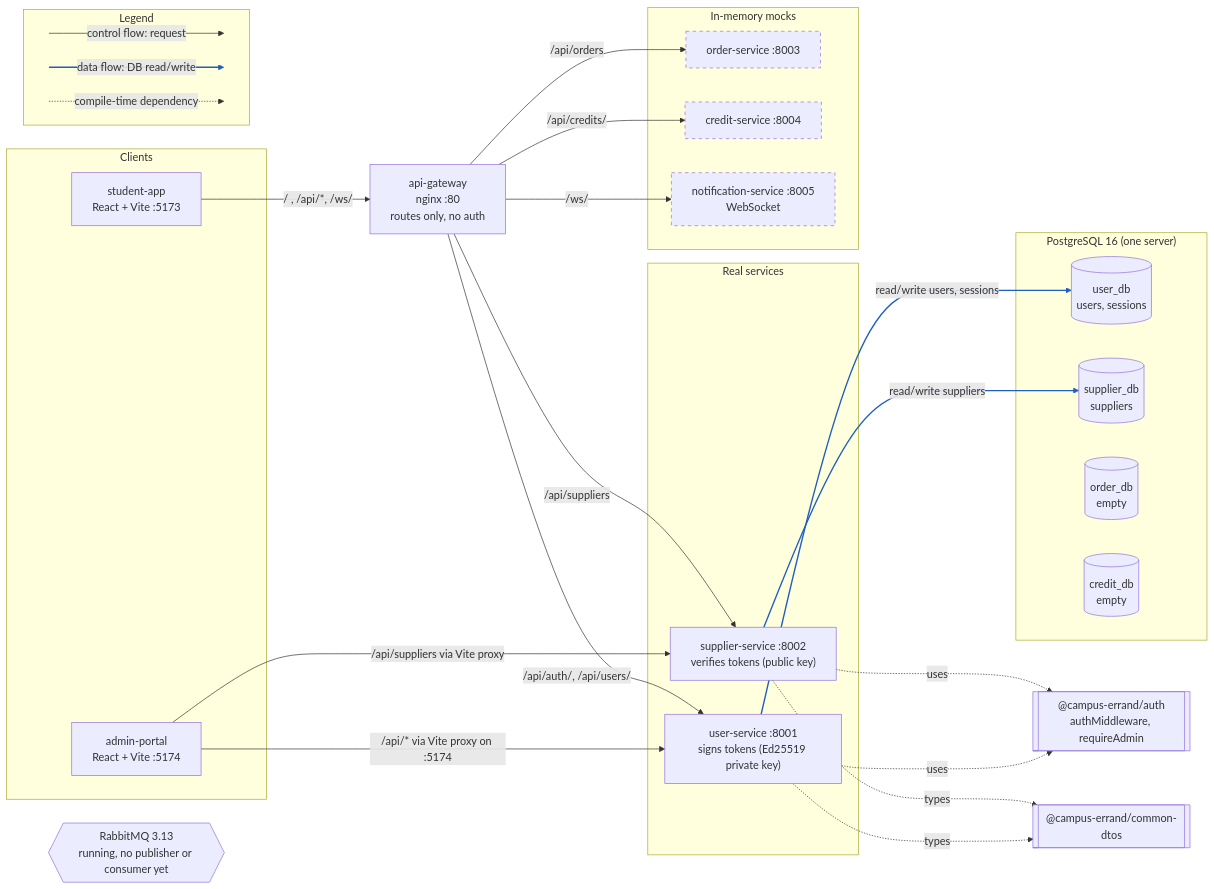
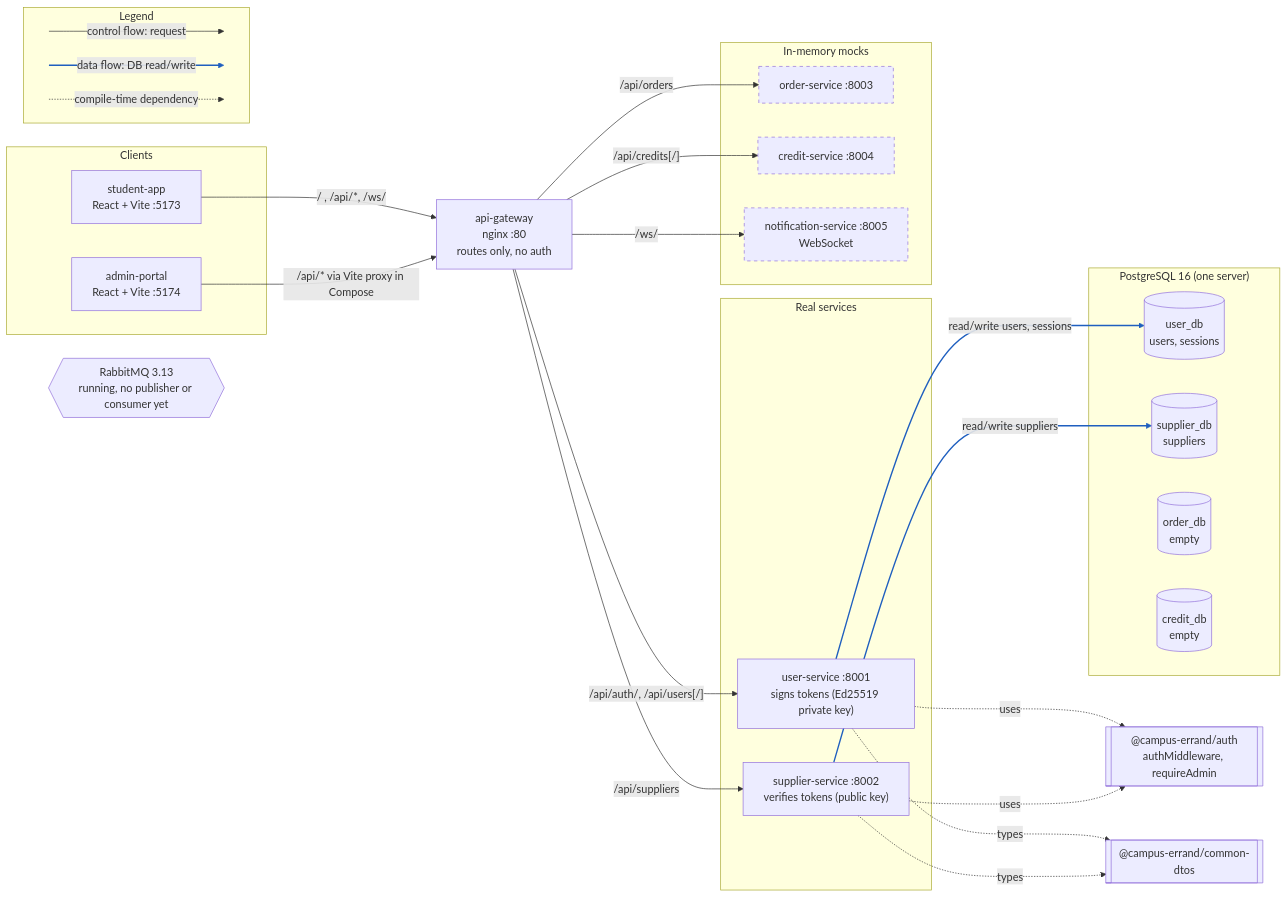
Before and after one commit to AY2627S1-CS3219-P25/friend-on-campus: the diagram in docs/diagrams/component.md, drawn with Mermaid. The commit also changed other lines of this file and 9 other files, not shown here.

````diff
--- a/docs/diagrams/component.md
+++ b/docs/diagrams/component.md
@@ -24,60 +26,59 @@
 ```mermaid
 flowchart LR
   subgraph Clients
     SA["student-app<br/>React + Vite :5173"]
     AP["admin-portal<br/>React + Vite :5174"]
   end
 
   GW["api-gateway<br/>nginx :80<br/>routes only, no auth"]
 
   subgraph Real["Real services"]
     US["user-service :8001<br/>signs tokens (Ed25519 private key)"]
     SS["supplier-service :8002<br/>verifies tokens (public key)"]
   end
 
   subgraph Mock["In-memory mocks"]
     OS["order-service :8003"]:::mock
     CS["credit-service :8004"]:::mock
     NS["notification-service :8005<br/>WebSocket"]:::mock
   end
 
   AUTH[["@campus-errand/auth<br/>authMiddleware, requireAdmin"]]
   DTO[["@campus-errand/common-dtos"]]
 
   subgraph PG["PostgreSQL 16 (one server)"]
     UDB[("user_db<br/>users, sessions")]
     SDB[("supplier_db<br/>suppliers")]
     ODB[("order_db<br/>empty")]
     CDB[("credit_db<br/>empty")]
   end
 
   MQ{{"RabbitMQ 3.13<br/>running, no publisher or consumer yet"}}
 
   SA -->|"/ , /api/*, /ws/"| GW
-  AP -->|"/api/* via Vite proxy on :5174"| US
-  AP -->|"/api/suppliers via Vite proxy"| SS
-  GW -->|"/api/auth/, /api/users/"| US
+  AP -->|"/api/* via Vite proxy in Compose"| GW
+  GW -->|"/api/auth/, /api/users[/]"| US
   GW -->|"/api/suppliers"| SS
   GW -->|"/api/orders"| OS
-  GW -->|"/api/credits/"| CS
+  GW -->|"/api/credits[/]"| CS
   GW -->|"/ws/"| NS
 
   US -->|"read/write users, sessions"| UDB
   SS -->|"read/write suppliers"| SDB
   US -. uses .-> AUTH
   SS -. uses .-> AUTH
   US -. types .-> DTO
   SS -. types .-> DTO
 
   subgraph Legend
     direction LR
     L1[ ] -->|"control flow: request"| L2[ ]
     L3[ ] -->|"data flow: DB read/write"| L4[ ]
     L5[ ] -.->|"compile-time dependency"| L6[ ]
   end
 
   classDef mock stroke-dasharray: 5 5;
   classDef legendDot width:0px,height:0px,stroke:none,fill:none;
   class L1,L2,L3,L4,L5,L6 legendDot;
-  linkStyle 8,9,15 stroke:#1F5FBF,stroke-width:2px;
+  linkStyle 7,8,14 stroke:#1F5FBF,stroke-width:2px;
 ```
````
